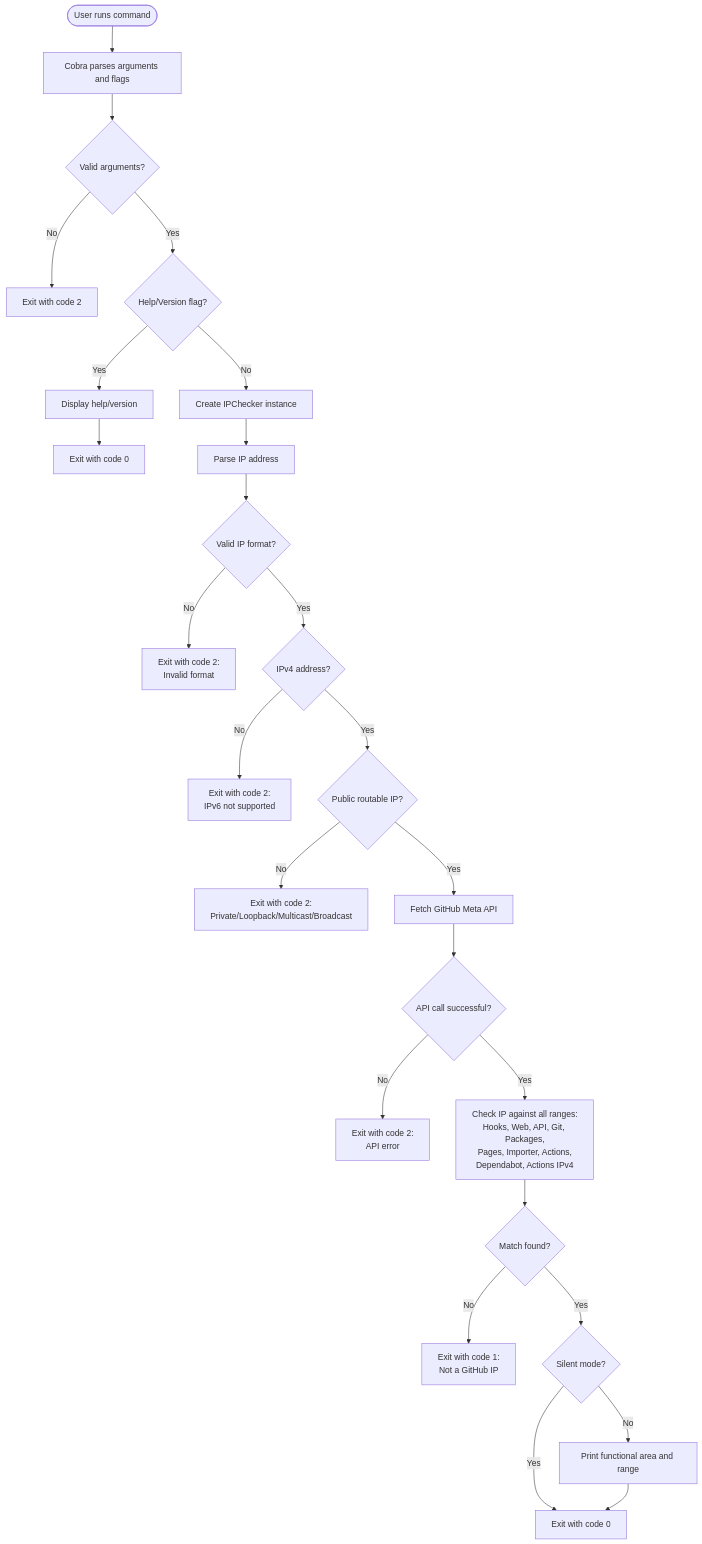
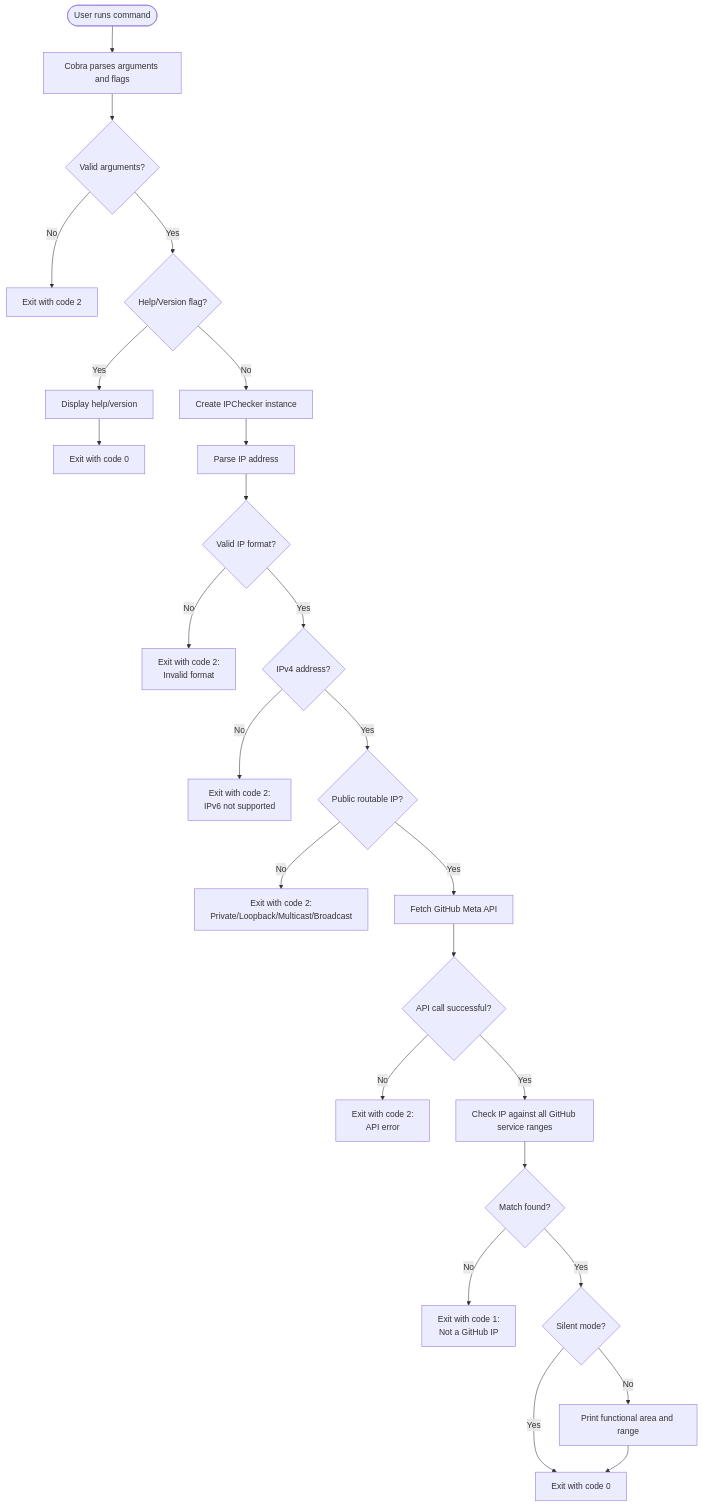
The diagram in README.md (gclhub/gh-check-github-ip-ranges), drawn with Mermaid before and after one commit.

Commit message:
Improve Mermaid diagram readability per code review feedback

````diff
--- a/README.md
+++ b/README.md
@@ -68,27 +68,27 @@
 ```mermaid
 flowchart TD
     Start([User runs command]) --> ParseArgs[Cobra parses arguments and flags]
     ParseArgs --> ValidateArgs{Valid arguments?}
     ValidateArgs -->|No| ErrorExit1[Exit with code 2]
     ValidateArgs -->|Yes| CheckHelp{Help/Version flag?}
     CheckHelp -->|Yes| ShowHelp[Display help/version]
     ShowHelp --> Exit0[Exit with code 0]
     CheckHelp -->|No| CreateChecker[Create IPChecker instance]
     CreateChecker --> ParseIP[Parse IP address]
     ParseIP --> ValidIP{Valid IP format?}
     ValidIP -->|No| ErrorExit2[Exit with code 2:<br/>Invalid format]
     ValidIP -->|Yes| CheckIPv4{IPv4 address?}
     CheckIPv4 -->|No| ErrorExit3[Exit with code 2:<br/>IPv6 not supported]
     CheckIPv4 -->|Yes| CheckPublic{Public routable IP?}
     CheckPublic -->|No| ErrorExit4[Exit with code 2:<br/>Private/Loopback/Multicast/Broadcast]
     CheckPublic -->|Yes| FetchMeta[Fetch GitHub Meta API]
     FetchMeta --> APISuccess{API call successful?}
     APISuccess -->|No| ErrorExit5[Exit with code 2:<br/>API error]
-    APISuccess -->|Yes| CheckRanges[Check IP against all ranges:<br/>Hooks, Web, API, Git, Packages,<br/>Pages, Importer, Actions,<br/>Dependabot, Actions IPv4]
+    APISuccess -->|Yes| CheckRanges[Check IP against all GitHub service ranges]
     CheckRanges --> MatchFound{Match found?}
     MatchFound -->|No| ErrorExit6[Exit with code 1:<br/>Not a GitHub IP]
     MatchFound -->|Yes| SilentMode{Silent mode?}
     SilentMode -->|Yes| Exit0Success[Exit with code 0]
     SilentMode -->|No| PrintResult[Print functional area and range]
     PrintResult --> Exit0Success
 ```
````
